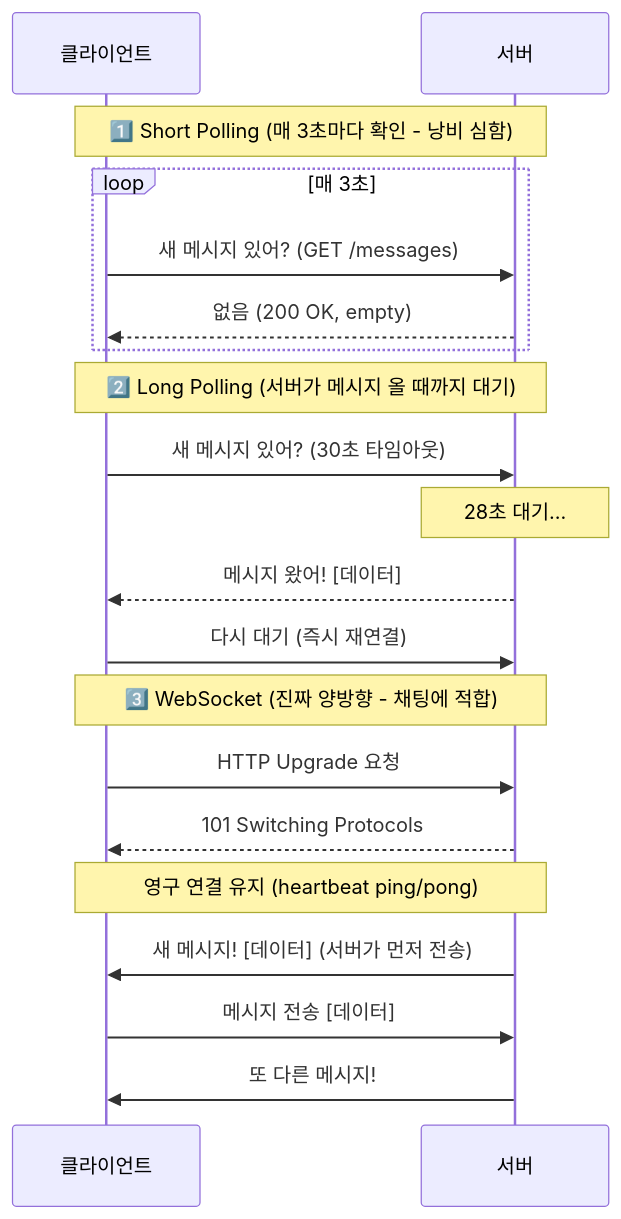
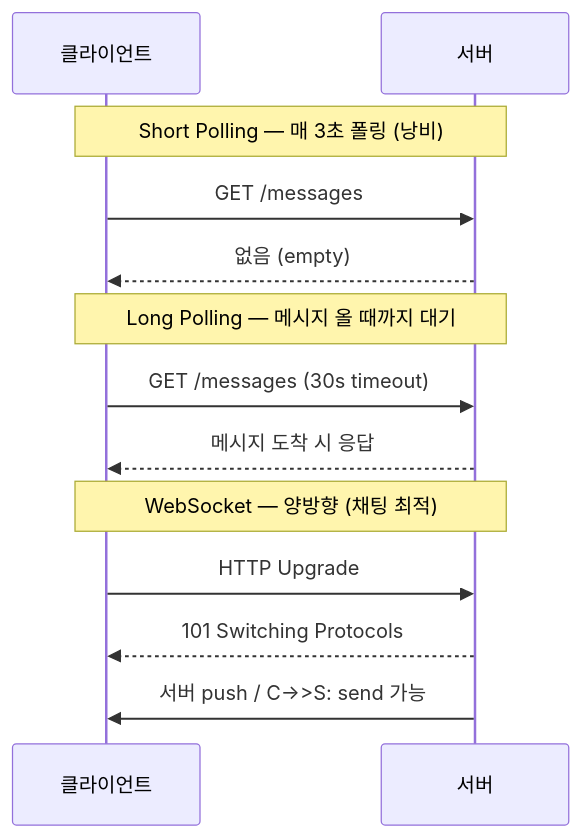
Before and after one commit to yjkim2015/yjkim2015.github.io: the first of 9 diagrams in _posts/systemdesign/2026-05-02-system-design-chat.md, drawn with Mermaid. The commit also changed other lines of this file and 215 other files, not shown here.

First line of the commit message:
신규 포스트 10개 추가 + Mermaid 전면 축소 + SystemDesign 시리즈 보강

````diff
--- a/_posts/systemdesign/2026-05-02-system-design-chat.md
+++ b/_posts/systemdesign/2026-05-02-system-design-chat.md
@@ -69,25 +69,15 @@
 ```mermaid
 sequenceDiagram
     participant C as 클라이언트
     participant S as 서버
-
-    Note over C,S: 1️⃣ Short Polling (매 3초마다 확인 - 낭비 심함)
-    loop 매 3초
-        C->>S: 새 메시지 있어? (GET /messages)
-        S-->>C: 없음 (200 OK, empty)
-    end
-
-    Note over C,S: 2️⃣ Long Polling (서버가 메시지 올 때까지 대기)
-    C->>S: 새 메시지 있어? (30초 타임아웃)
-    Note over S: 28초 대기...
-    S-->>C: 메시지 왔어! [데이터]
-    C->>S: 다시 대기 (즉시 재연결)
-
-    Note over C,S: 3️⃣ WebSocket (진짜 양방향 - 채팅에 적합)
-    C->>S: HTTP Upgrade 요청
+    Note over C,S: Short Polling — 매 3초 폴링 (낭비)
+    C->>S: GET /messages
+    S-->>C: 없음 (empty)
+    Note over C,S: Long Polling — 메시지 올 때까지 대기
+    C->>S: GET /messages (30s timeout)
+    S-->>C: 메시지 도착 시 응답
+    Note over C,S: WebSocket — 양방향 (채팅 최적)
+    C->>S: HTTP Upgrade
     S-->>C: 101 Switching Protocols
-    Note over C,S: 영구 연결 유지 (heartbeat ping/pong)
-    S->>C: 새 메시지! [데이터] (서버가 먼저 전송)
-    C->>S: 메시지 전송 [데이터]
-    S->>C: 또 다른 메시지!
+    S->>C: 서버 push / C->>S: send 가능
 ```
````
